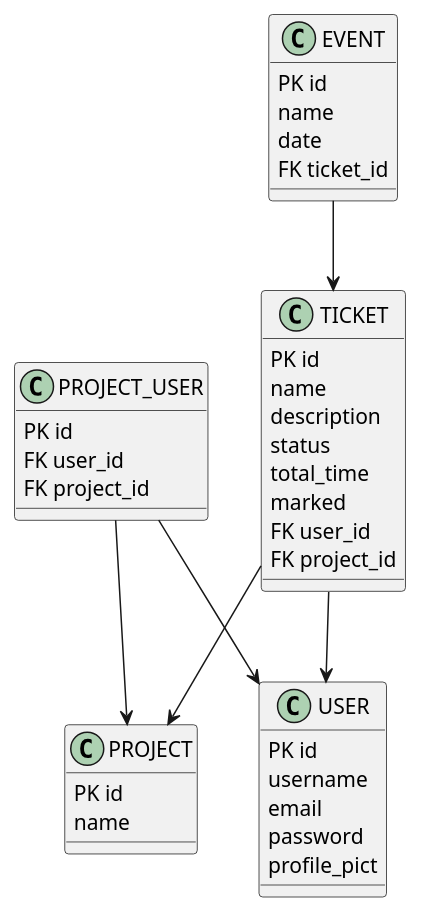
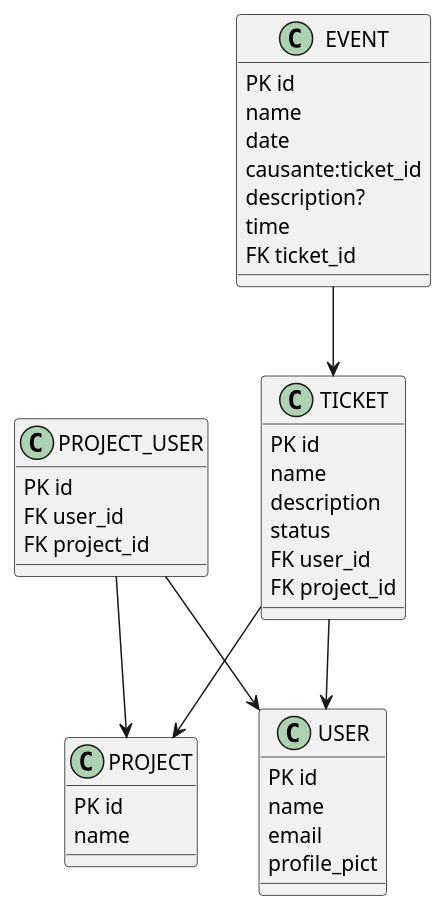
Before and after one commit to pedropanosyan/tricker-frontend: the diagram in schema.puml, drawn with PlantUML. The commit also changed 30 other files, not shown here.

```diff
--- a/schema.puml
+++ b/schema.puml
@@ -1,48 +1,48 @@
 @startuml
 
 PROJECT_USER --> PROJECT
 PROJECT_USER --> USER
 TICKET --> USER
 TICKET --> PROJECT
 EVENT --> TICKET
 
 class USER {
     PK id
-    username
+    name
     email
-    password
     profile_pict
 }
 
 class PROJECT {
     PK id
     name
 }
 
 class PROJECT_USER {
     PK id
     FK user_id
     FK project_id
 }
 
 
 class TICKET{
     PK id
     name
     description
     status
-    total_time
-    marked
     FK user_id
     FK project_id
 }
 
 class EVENT {
     PK id
     name
     date
+    causante:ticket_id
+    description?
+    time
     FK ticket_id
 }
 
 
 @enduml
```
